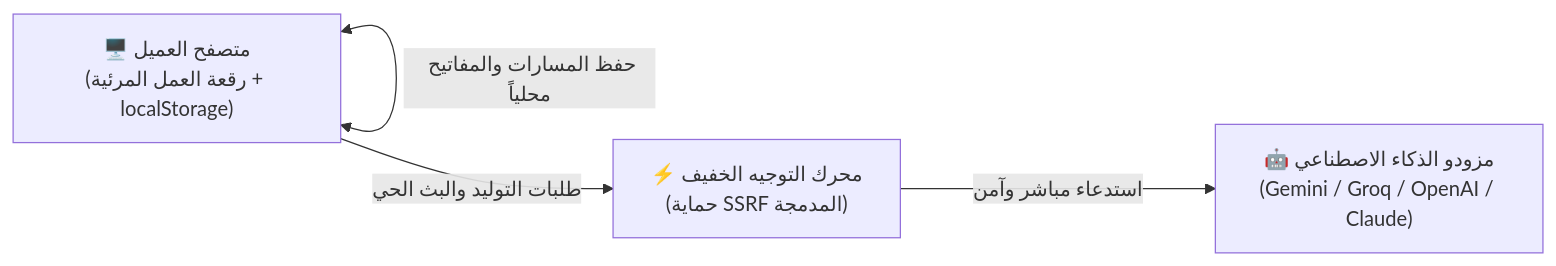
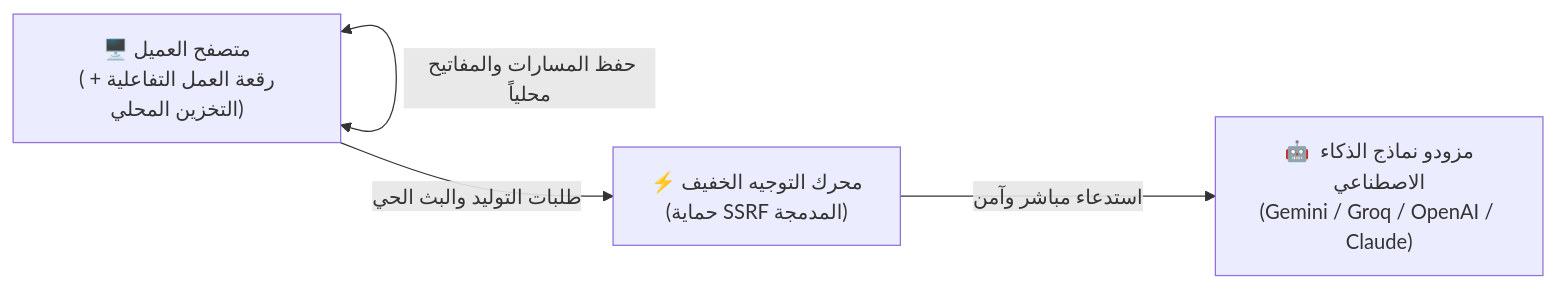
Before and after one commit to RaadDev/-AI-: the diagram in README.md, drawn with Mermaid. The commit also changed other lines of this file, not shown here.

````diff
--- a/README.md
+++ b/README.md
@@ -89,10 +94,10 @@
 ```mermaid
 graph LR
-    Browser["🖥️ متصفح العميل\n(رقعة العمل المرئية + localStorage)"]
+    Browser["🖥️ متصفح العميل\n(رقعة العمل التفاعلية + التخزين المحلي)"]
     Proxy["⚡ محرك التوجيه الخفيف\n(حماية SSRF المدمجة)"]
-    Providers["🤖 مزودو الذكاء الاصطناعي\n(Gemini / Groq / OpenAI / Claude)"]
+    Providers["🤖 مزودو نماذج الذكاء الاصطناعي\n(Gemini / Groq / OpenAI / Claude)"]
 
     Browser <--> |حفظ المسارات والمفاتيح محلياً| Browser
     Browser --> |طلبات التوليد والبث الحي| Proxy
     Proxy --> |استدعاء مباشر وآمن| Providers
 ```
````
